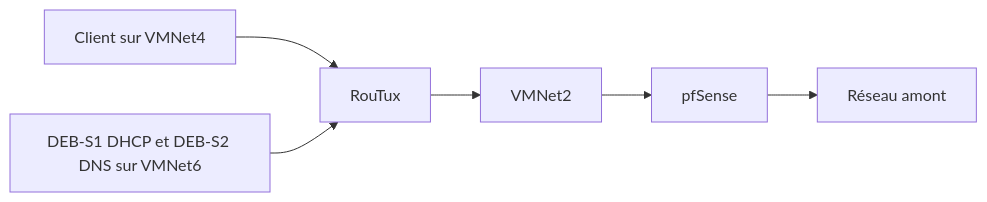
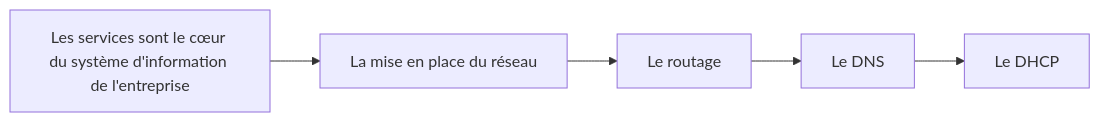
One commit to sk34pk25/tssr-cours changed the third of 4 diagrams in docs/modules/15-services-reseau-en-environnement-linux/module-01-introduction.md. Above: the diagram before and after it, drawn with Mermaid. The commit also changed other lines of this file and 6 other files, not shown here.

First line of the commit message:
Reprendre les services réseau Linux dans l’onglet pédagogique.

````diff
--- a/docs/modules/15-services-reseau-en-environnement-linux/module-01-introduction.md
+++ b/docs/modules/15-services-reseau-en-environnement-linux/module-01-introduction.md
@@ -64,6 +100,12 @@
 ```mermaid
 flowchart LR
- C["Client sur VMNet4"] --> R["RouTux"]
- S["DEB-S1 DHCP et DEB-S2 DNS sur VMNet6"] --> R
- R --> I["VMNet2"] --> P["pfSense"] --> W["Réseau amont"]
+    N1["Les services sont le cœur du système d'information de l'entreprise"]
+    N2["La mise en place du réseau"]
+    N3["Le routage"]
+    N4["Le DNS"]
+    N5["Le DHCP"]
+    N1 --> N2
+    N2 --> N3
+    N3 --> N4
+    N4 --> N5
 ```
````
